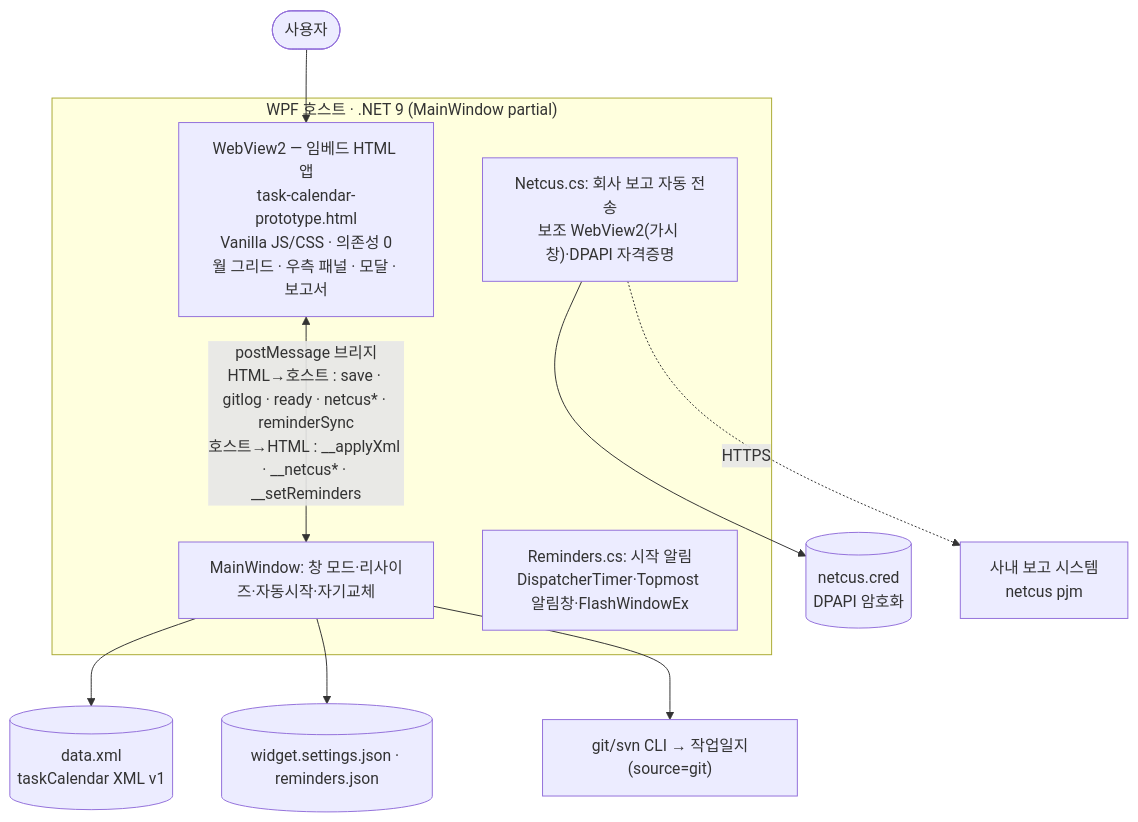
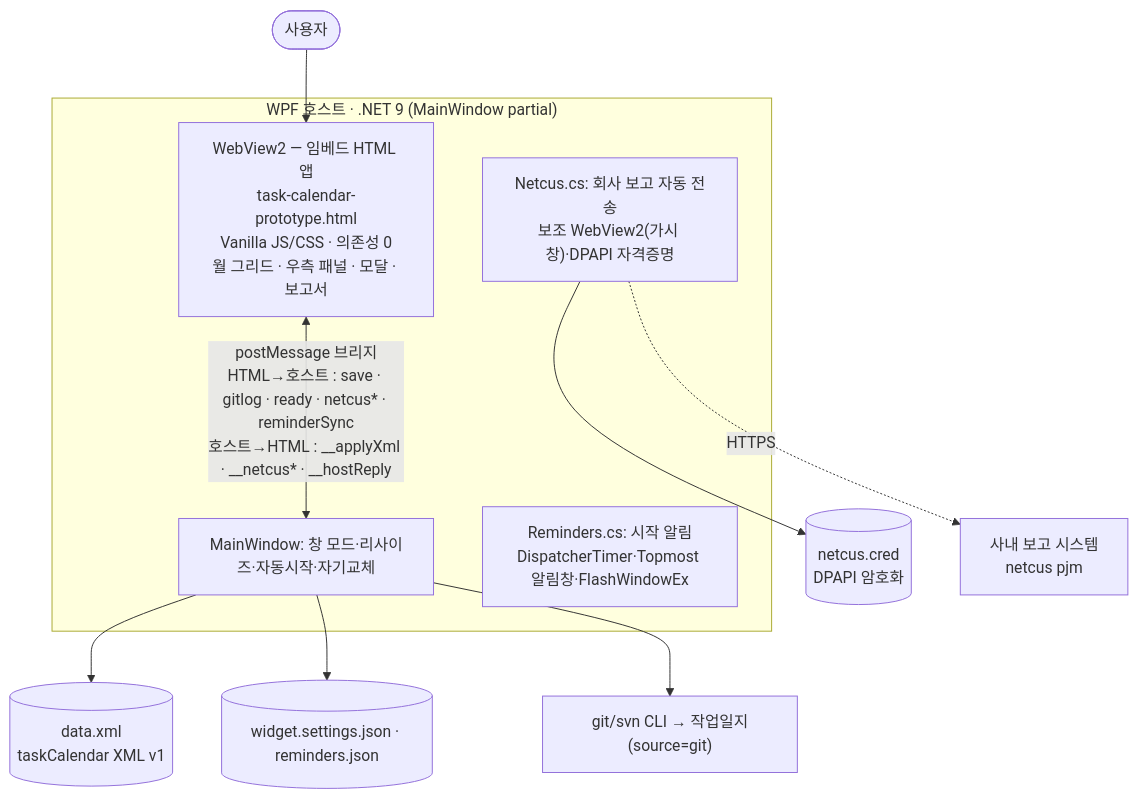
The diagram in README.md (Peace-Min/task-calendar), drawn with Mermaid before and after one commit. The commit also changed other lines of this file and 6 other files, not shown here.

````diff
--- a/README.md
+++ b/README.md
@@ -147,17 +147,17 @@
 ```mermaid
 flowchart TB
   user(["사용자"])
   subgraph host["WPF 호스트 · .NET 9 (MainWindow partial)"]
     app["WebView2 — 임베드 HTML 앱<br/>task-calendar-prototype.html<br/>Vanilla JS/CSS · 의존성 0<br/>월 그리드 · 우측 패널 · 모달 · 보고서"]
     hostfn["MainWindow: 창 모드·리사이즈·자동시작·자기교체"]
     netcus["Netcus.cs: 회사 보고 자동 전송<br/>보조 WebView2(가시 창)·DPAPI 자격증명"]
     rem["Reminders.cs: 시작 알림<br/>DispatcherTimer·Topmost 알림창·FlashWindowEx"]
   end
   user --> app
-  app <-->|"postMessage 브리지<br/>HTML→호스트 : save · gitlog · ready · netcus* · reminderSync<br/>호스트→HTML : __applyXml · __netcus* · __setReminders"| hostfn
+  app <-->|"postMessage 브리지<br/>HTML→호스트 : save · gitlog · ready · netcus* · reminderSync<br/>호스트→HTML : __applyXml · __netcus* · __hostReply"| hostfn
   hostfn --> xml[("data.xml<br/>taskCalendar XML v1")]
   hostfn --> cfg[("widget.settings.json · reminders.json")]
   netcus --> cred[("netcus.cred<br/>DPAPI 암호화")]
   netcus -.HTTPS.-> pjm["사내 보고 시스템<br/>netcus pjm"]
   hostfn --> git["git/svn CLI → 작업일지(source=git)"]
 ```
````
